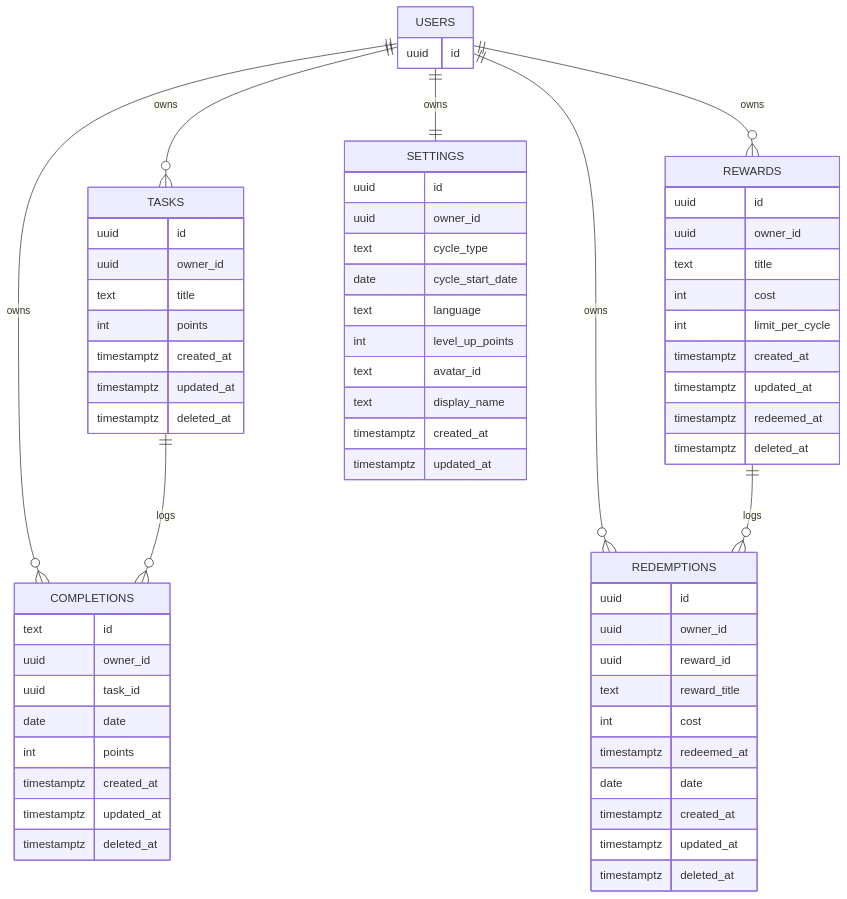
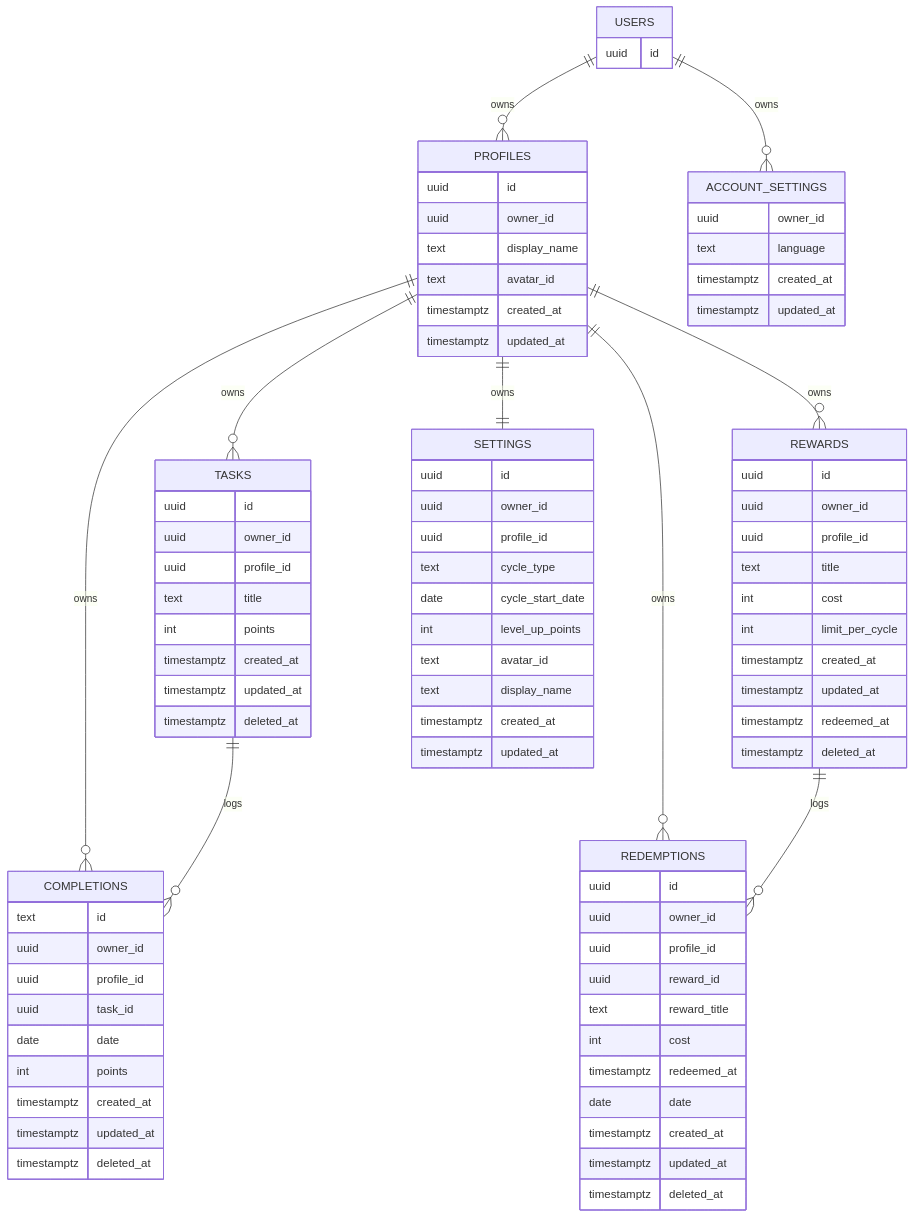
One commit to rodrigobruner/GrowUp changed the diagram in growup/docs/schema-diagram.md. Above: the diagram before and after it, drawn with Mermaid. The commit also changed 23 other files, not shown here.

First line of the commit message:
feat: Refactor settings and profile dialogs with new components and styles

````diff
--- a/growup/docs/schema-diagram.md
+++ b/growup/docs/schema-diagram.md
@@ -1,11 +1,13 @@
 ```mermaid
 erDiagram
   %% language: en, pt, fr
-  USERS ||--o{ TASKS : owns
-  USERS ||--o{ REWARDS : owns
-  USERS ||--o{ REDEMPTIONS : owns
-  USERS ||--o{ COMPLETIONS : owns
-  USERS ||--|| SETTINGS : owns
+  USERS ||--o{ PROFILES : owns
+  USERS ||--o{ ACCOUNT_SETTINGS : owns
+  PROFILES ||--o{ TASKS : owns
+  PROFILES ||--o{ REWARDS : owns
+  PROFILES ||--o{ REDEMPTIONS : owns
+  PROFILES ||--o{ COMPLETIONS : owns
+  PROFILES ||--|| SETTINGS : owns
 
   TASKS ||--o{ COMPLETIONS : logs
   REWARDS ||--o{ REDEMPTIONS : logs
@@ -14,9 +16,26 @@
     uuid id
   }
 
+  PROFILES {
+    uuid id
+    uuid owner_id
+    text display_name
+    text avatar_id
+    timestamptz created_at
+    timestamptz updated_at
+  }
+
+  ACCOUNT_SETTINGS {
+    uuid owner_id
+    text language
+    timestamptz created_at
+    timestamptz updated_at
+  }
+
   TASKS {
     uuid id
     uuid owner_id
+    uuid profile_id
     text title
     int points
     timestamptz created_at
@@ -27,6 +46,7 @@
   REWARDS {
     uuid id
     uuid owner_id
+    uuid profile_id
     text title
     int cost
     int limit_per_cycle
@@ -39,6 +59,7 @@
   REDEMPTIONS {
     uuid id
     uuid owner_id
+    uuid profile_id
     uuid reward_id
     text reward_title
     int cost
@@ -52,6 +73,7 @@
   COMPLETIONS {
     text id
     uuid owner_id
+    uuid profile_id
     uuid task_id
     date date
     int points
@@ -63,9 +85,9 @@
   SETTINGS {
     uuid id
     uuid owner_id
+    uuid profile_id
     text cycle_type
     date cycle_start_date
-    text language
     int level_up_points
     text avatar_id
     text display_name
````
